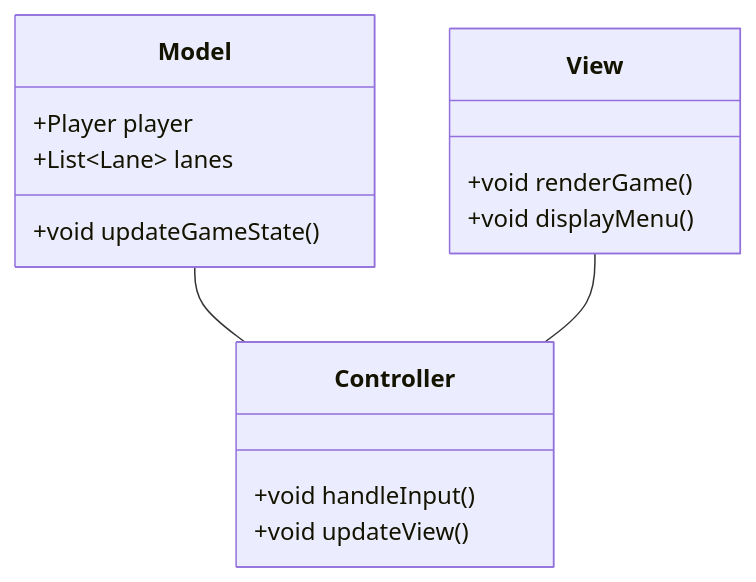
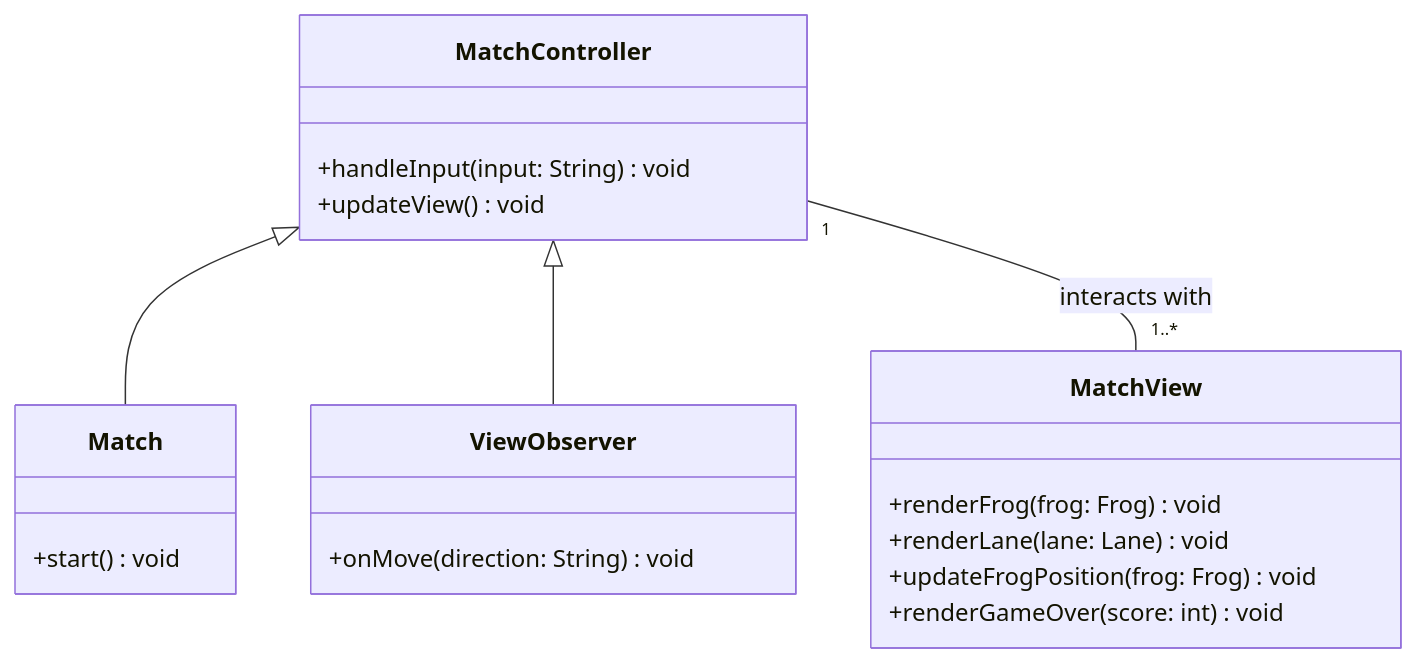
The third of 5 diagrams in README.md (giuliavanni/frogger), drawn with Mermaid before and after one commit. The commit also changed other lines of this file, not shown here.

Commit message:
UPDATE README with corrected class diagram and added match-related classes

````diff
--- a/README.md
+++ b/README.md
@@ -145,18 +145,28 @@
 ```mermaid
 classDiagram
-    class Model {
-        +Player player
-        +List~Lane~ lanes
-        +void updateGameState()
-    }
-    class View {
-        +void renderGame()
-        +void displayMenu()
-    }
-    class Controller {
-        +void handleInput()
-        +void updateView()
-    }
-    Model -- Controller
-    View -- Controller
+
+class Match {
+    +start() void
+}
+
+class MatchView {
+    +renderFrog(frog: Frog) void
+    +renderLane(lane: Lane) void
+    +updateFrogPosition(frog: Frog) void
+    +renderGameOver(score: int) void
+}
+
+class ViewObserver {
+    +onMove(direction: String) void
+}
+
+class MatchController {
+    +handleInput(input: String) void
+    +updateView() void
+}
+
+MatchController <|-- Match
+MatchController <|-- ViewObserver
+MatchController "1" -- "1..*" MatchView : interacts with
+
 ```
````
